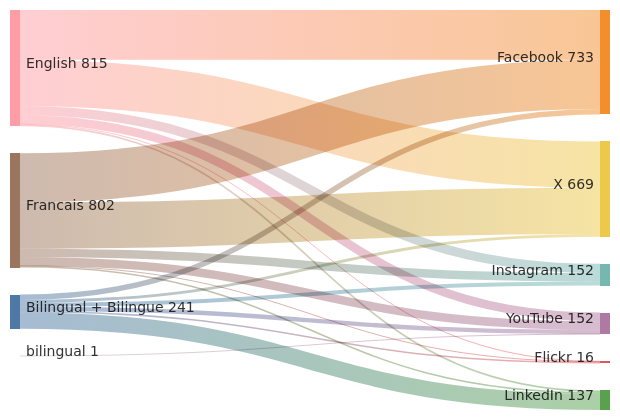
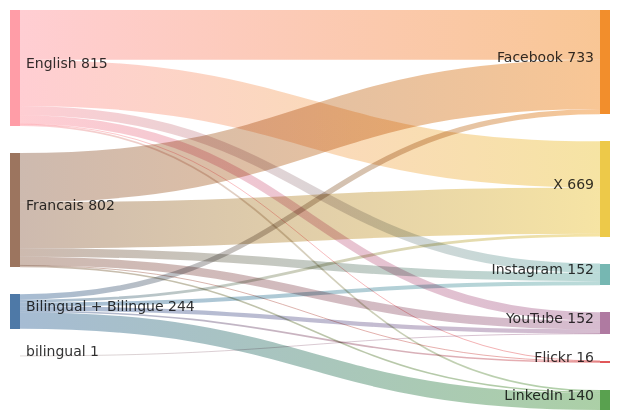
Before and after one commit to PatLittle/GC-Socials: the diagram in sankey_diagram.md, drawn with Mermaid.

Commit message:
Update Sankey diagram for the most recent day

````diff
--- a/sankey_diagram.md
+++ b/sankey_diagram.md
@@ -1,22 +1,22 @@
 ```mermaid
 sankey-beta
   Bilingual + Bilingue,Facebook,38
   Bilingual + Bilingue,Flickr,11
   Bilingual + Bilingue,Instagram,28
-  Bilingual + Bilingue,LinkedIn,114
+  Bilingual + Bilingue,LinkedIn,117
   Bilingual + Bilingue,X,20
   Bilingual + Bilingue,YouTube,30
   English,Facebook,349
   English,Flickr,3
   English,Instagram,65
   English,LinkedIn,12
   English,X,325
   English,YouTube,61
   Francais,Facebook,346
   Francais,Flickr,2
   Francais,Instagram,59
   Francais,LinkedIn,11
   Francais,X,324
   Francais,YouTube,60
   bilingual,YouTube,1
 ```
````
